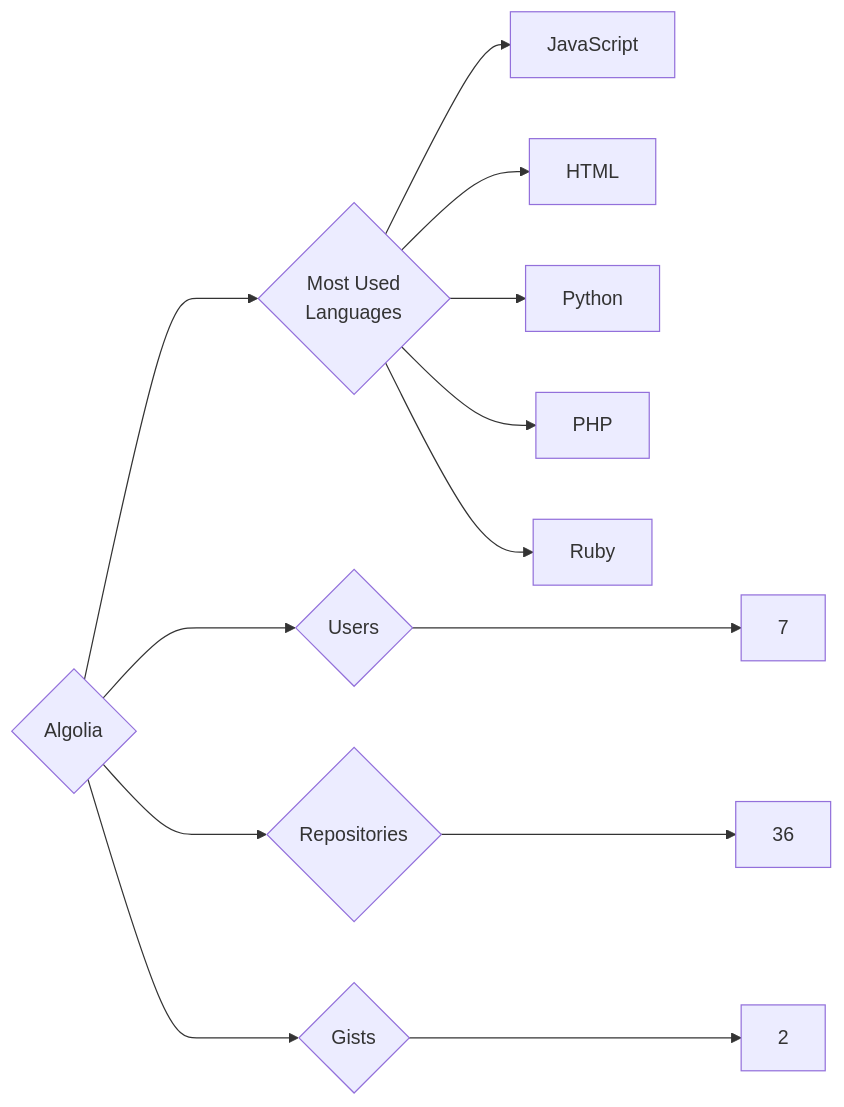
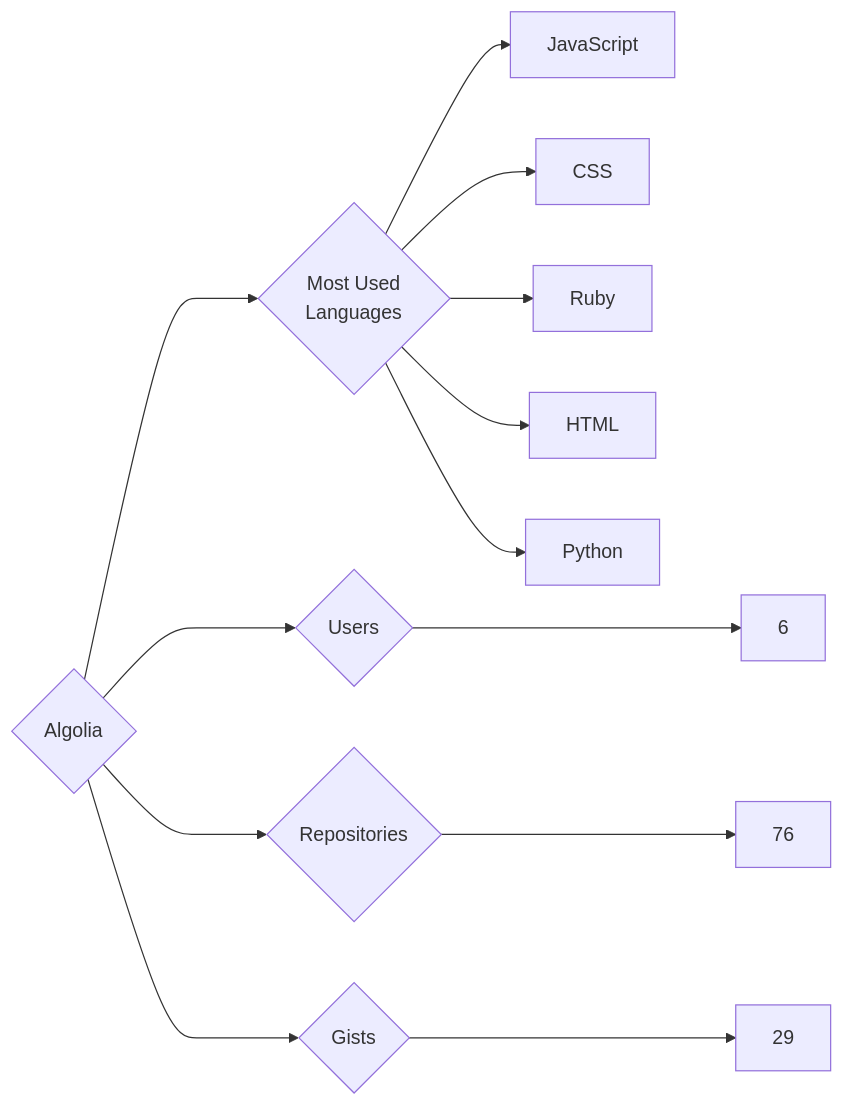
One commit to trickest/insiders changed the diagram in targets/Algolia/README.md. Above: the diagram before and after it, drawn with Mermaid. The commit also changed 1141 other files, not shown here.

````diff
--- a/targets/Algolia/README.md
+++ b/targets/Algolia/README.md
@@ -3,13 +3,13 @@
 ```mermaid
 graph LR
 COMPANY_NAME{Algolia}
-COMPANY_NAME ---> U{Users} ---> UN[7]
-COMPANY_NAME ---> R{Repositories} ---> RN[36]
-COMPANY_NAME ---> G{Gists} ---> GN[2]
+COMPANY_NAME ---> U{Users} ---> UN[6]
+COMPANY_NAME ---> R{Repositories} ---> RN[76]
+COMPANY_NAME ---> G{Gists} ---> GN[29]
 COMPANY_NAME ---> ML{Most Used<br>Languages}
 ML --> JavaScript[JavaScript]
+ML --> CSS[CSS]
+ML --> Ruby[Ruby]
 ML --> HTML[HTML]
 ML --> Python[Python]
-ML --> PHP[PHP]
-ML --> Ruby[Ruby]
 ```
````
